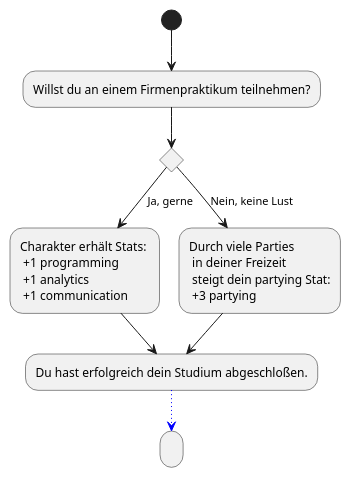
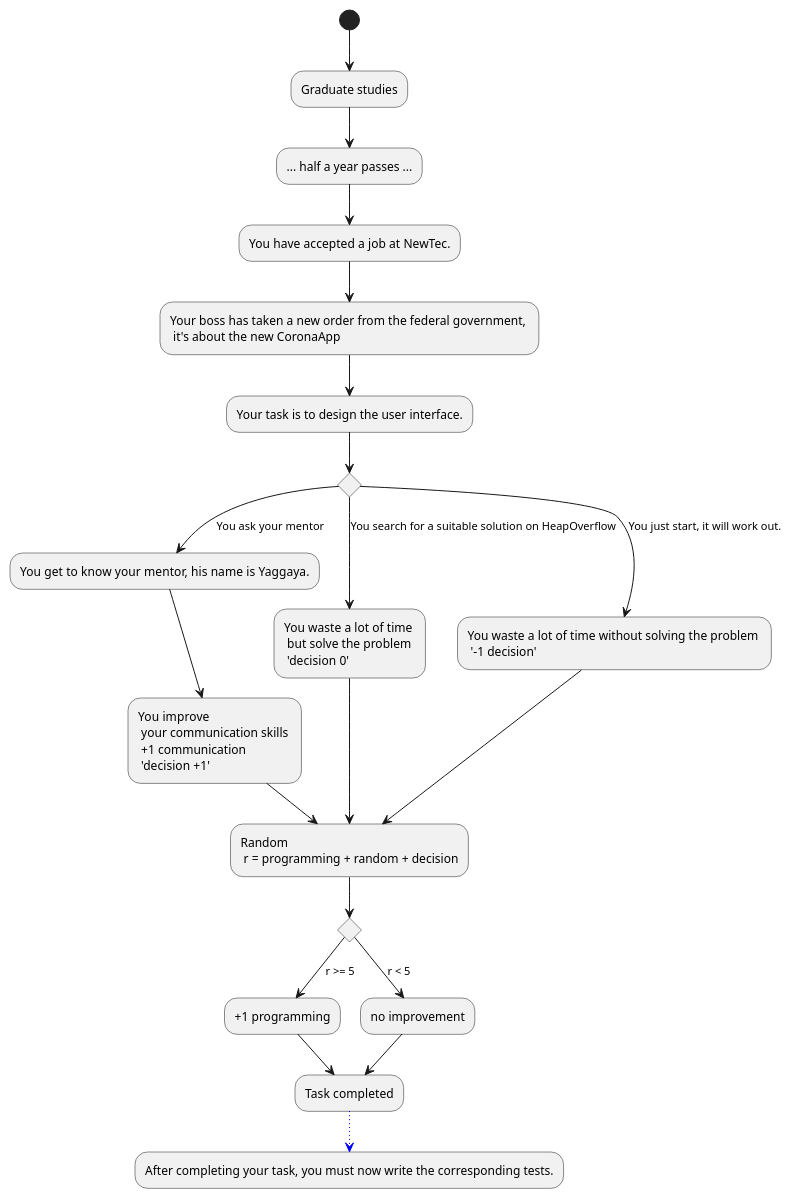
Before and after one commit to Brotenko/QualityQuest: the diagram in Docs/Technical Specifications/docs/diagrams/StoryFlow/StoryFlow_Decision_4.puml, drawn with PlantUML. The commit also changed 28 other files, not shown here.

```diff
--- a/Docs/Technical Specifications/docs/diagrams/StoryFlow/StoryFlow_Decision_4.puml
+++ b/Docs/Technical Specifications/docs/diagrams/StoryFlow/StoryFlow_Decision_4.puml
@@ -1,19 +1,33 @@
 @startuml
-(*) --> "Willst du an einem Firmenpraktikum teilnehmen?"
+(*) --> "Graduate studies" as as
+--> "... half a year passes ..."
+--> "You have accepted a job at NewTec."
+--> "Your boss has taken a new order from the federal government, \n it's about the new CoronaApp" as a1
+--> "Your task is to design the user interface."
 if "" then
---> [Ja, gerne] "Charakter erhält Stats: \n +1 programming \n +1 analytics \n +1 communication" as ja
+--> [You ask your mentor] "You get to know your mentor, his name is Yaggaya."
+--> "You improve \n your communication skills \n +1 communication \n 'decision +1'" as a
 else
---> [Nein, keine Lust] "Durch viele Parties \n in deiner Freizeit \n steigt dein partying Stat:\n +3 partying " as nein
+--> [You search for a suitable solution on HeapOverflow] "You waste a lot of time \n but solve the problem \n 'decision 0'" as b
+else
+--> [You just start, it will work out.] "You waste a lot of time without solving the problem \n '-1 decision'" as c
 
-ja --> "Du hast erfolgreich dein Studium abgeschloßen." as a
-nein --> a
+a --> "Random \n r = programming + random + decision" as r
+b --> r
+c --> r
+
+if "" then
+--> [r >= 5] "+1 programming" as p1
+else
+--> [r < 5] "no improvement"
+
+--> "Task completed" as aa
+
+p1 --> aa
 
 
-
-
-
--[#blue,dotted]-> " "
+-[#blue,dotted]-> "After completing your task, you must now write the corresponding tests."
 
 
 
 @enduml
```
